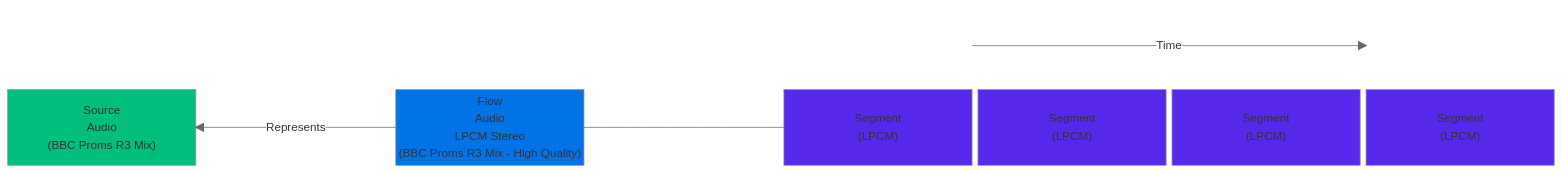
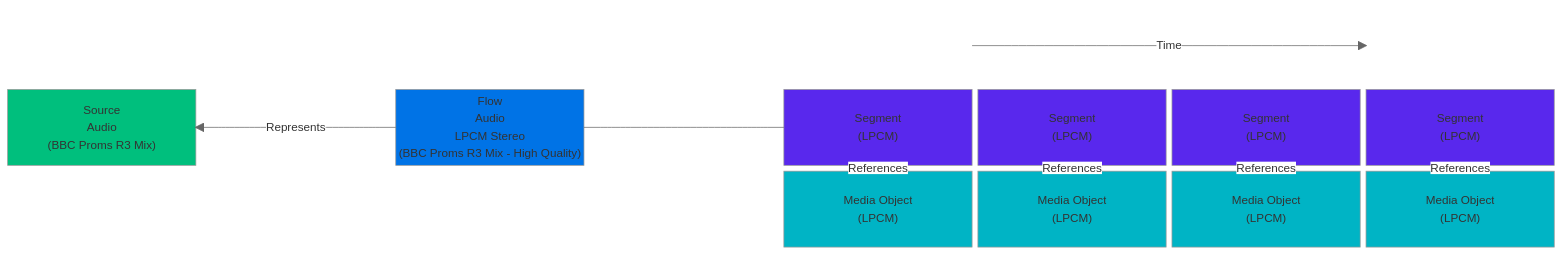
One commit to bbc/tams changed the first of 8 diagrams in docs/appnotes/0001-multi-mono-essence-flows-sources.md. Above: the diagram before and after it, drawn with Mermaid (neutral theme). The commit also changed other lines of this file, not shown here.

Commit message:
Link to NMOS data model. Additional descriptions of Flow Segments and Media Objects

````diff
--- a/docs/appnotes/0001-multi-mono-essence-flows-sources.md
+++ b/docs/appnotes/0001-multi-mono-essence-flows-sources.md
@@ -46,30 +57,45 @@
 ```mermaid
 block-beta
 columns 8
     space:4
     dummy1[" "]
     space:2
     dummy2[" "]
     dummy1 -- "Time" --> dummy2
     style dummy1 fill:none, stroke:transparent;
     style dummy2 fill:none, stroke:transparent;
 
     a_s["Source \n Audio \n (BBC Proms R3 Mix)"]
     space:1
     a_f["Flow \n Audio \n LPCM Stereo \n (BBC Proms R3 Mix - High Quality)"]
     space:1
     a_fs_1["Segment \n (LPCM)"]
     a_fs_2["Segment \n (LPCM)"]
     a_fs_3["Segment \n (LPCM)"]
     a_fs_4["Segment \n (LPCM)"]
     a_f -- "Represents" --> a_s
     a_f --- a_fs_1
 
+    space:4
+    a_mo_1["Media Object \n (LPCM)"]
+    a_mo_2["Media Object \n (LPCM)"]
+    a_mo_3["Media Object \n (LPCM)"]
+    a_mo_4["Media Object \n (LPCM)"]
+
+    space:8
+
+    a_fs_1 -- "References" --> a_mo_1
+    a_fs_2 -- "References" --> a_mo_2
+    a_fs_3 -- "References" --> a_mo_3
+    a_fs_4 -- "References" --> a_mo_4
+
     classDef source fill:#00BF7D,color:#000
     classDef flow fill:#0073E6,color:#FFF
     classDef segment fill:#5928ED,color:#FFF
+    classDef object fill:#00B4C5,color:#000
 
     class a_s source
     class a_f flow
     class a_fs_1,a_fs_2,a_fs_3,a_fs_4 segment
+    class a_mo_1,a_mo_2,a_mo_3,a_mo_4 object
 ```
````
